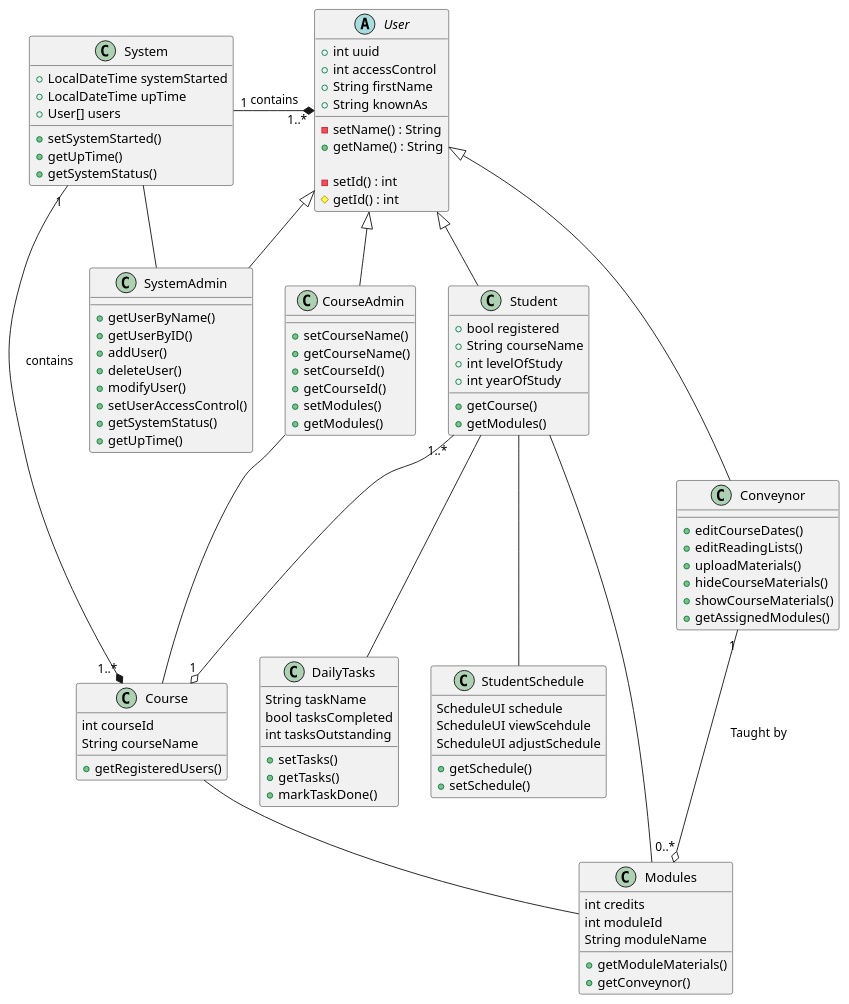
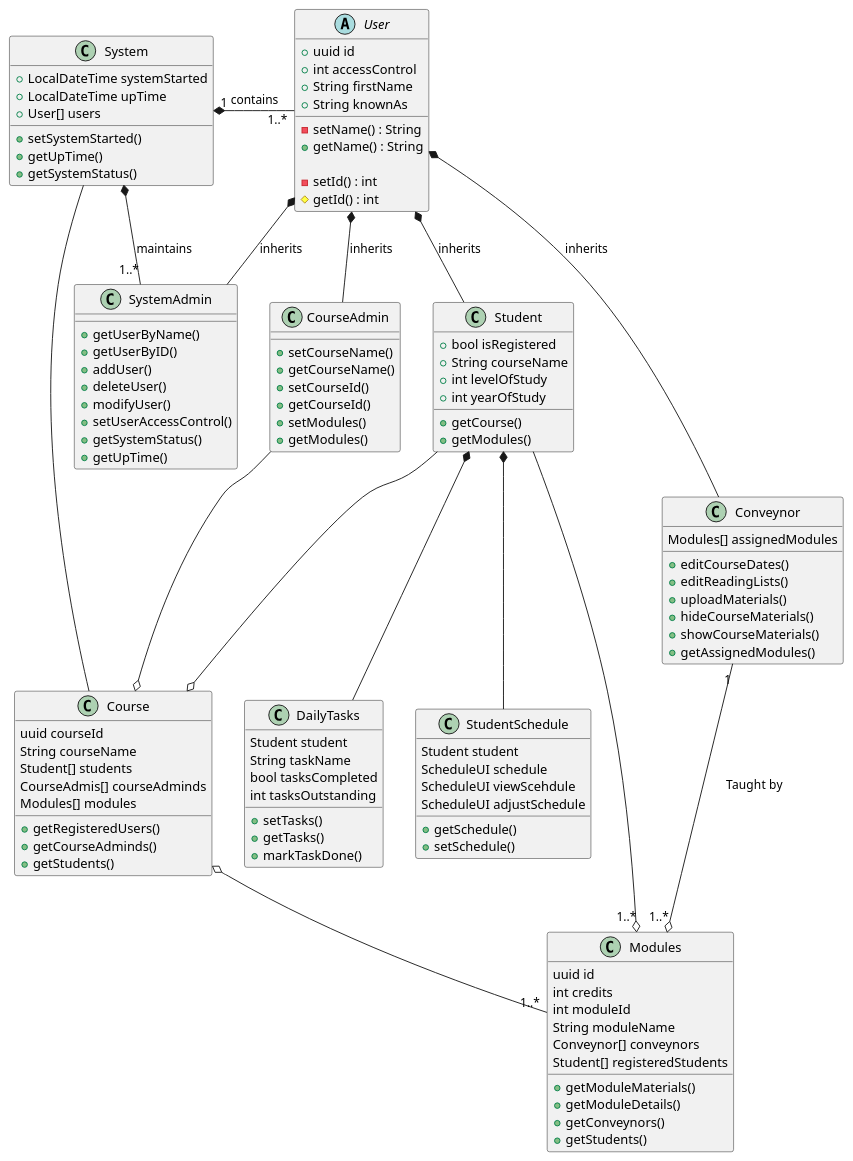
One commit to youssefsadquy/Study-Scheduler changed the diagram in UML-Source/Class_Diagram.pu. Above: the diagram before and after it, drawn with PlantUML.

Commit message:
Added aggregation & composition to class diagram

```diff
--- a/UML-Source/Class_Diagram.pu
+++ b/UML-Source/Class_Diagram.pu
@@ -23,118 +23,132 @@
 @startuml Class_Diagram
 
 class System {
     + LocalDateTime systemStarted
     + LocalDateTime upTime
     + User[] users
 
     + setSystemStarted()
     + getUpTime()
     + getSystemStatus()
 }
 
 abstract User {
-    + int uuid
+    + uuid id
     + int accessControl
     + String firstName
     + String knownAs
 
     - setName() : String
     + getName() : String
 
     - setId() : int
     # getId() : int
 }
 
 class Student {
-    + bool registered
+    + bool isRegistered
     + String courseName
     + int levelOfStudy
     + int yearOfStudy
 
     + getCourse()
     + getModules()
 }
 
 class Conveynor {
+    Modules[] assignedModules
     + editCourseDates()
     + editReadingLists()
     + uploadMaterials()
     + hideCourseMaterials()
     + showCourseMaterials()
     + getAssignedModules()
 }
 
 class SystemAdmin {
     + getUserByName()
     + getUserByID()
     + addUser()
     + deleteUser()
     + modifyUser()
     + setUserAccessControl()
     + getSystemStatus()
     + getUpTime()
 }
 
 class CourseAdmin {
     + setCourseName()
     + getCourseName()
     + setCourseId()
     + getCourseId()
     + setModules()
     + getModules()
 }
 
 class Course {
-    int courseId
+    uuid courseId
     String courseName
+    Student[] students
+    CourseAdmis[] courseAdminds
+    Modules[] modules
     + getRegisteredUsers()
+    + getCourseAdminds()
+    + getStudents()
 }
 
 class DailyTasks {
+    Student student
     String taskName
     bool tasksCompleted
     int tasksOutstanding
 
     + setTasks()
     + getTasks()
     + markTaskDone()
 }
 
 class StudentSchedule {
+    Student student
     ScheduleUI schedule
     ScheduleUI viewScehdule
     ScheduleUI adjustSchedule
     + getSchedule()
     + setSchedule()
 }
 
 class Modules {
+    uuid id
     int credits
     int moduleId
     String moduleName
+    Conveynor[] conveynors
+    Student[] registeredStudents
 
     + getModuleMaterials()
-    + getConveynor()
+    + getModuleDetails()
+    + getConveynors()
+    + getStudents()
 }
 
 'System can exist without user but not the other way around
-System "1" -* "1..*" User : contains
-System "1" -* "1..*" Course : contains
-System -- SystemAdmin
+System "1" *- "1..*" User : contains
 
-User <|-- Conveynor
-User <|-- SystemAdmin
-User <|-- CourseAdmin
-User <|-- Student
+System -- Course
+System *- "1..*" SystemAdmin : maintains
 
-Course -up- CourseAdmin
-Course -- Modules
+User *-- Conveynor : inherits
+User *-- SystemAdmin : inherits
+User *-- CourseAdmin : inherits
+User *-- Student : inherits
 
-Conveynor "1" --o "0..*" Modules : "Taught by"
-Student "1..*" --o "1" Course
-Student - Modules
+Course o-up- CourseAdmin
+Course o-- "1..*" Modules
 
-Student -- DailyTasks
-Student -- StudentSchedule
+Conveynor "1" --o "1..*" Modules : "Taught by"
+Student --o Course
+Student -o "1..*" Modules
+
+Student *-- DailyTasks
+Student *-- StudentSchedule
 
 @enduml
```
